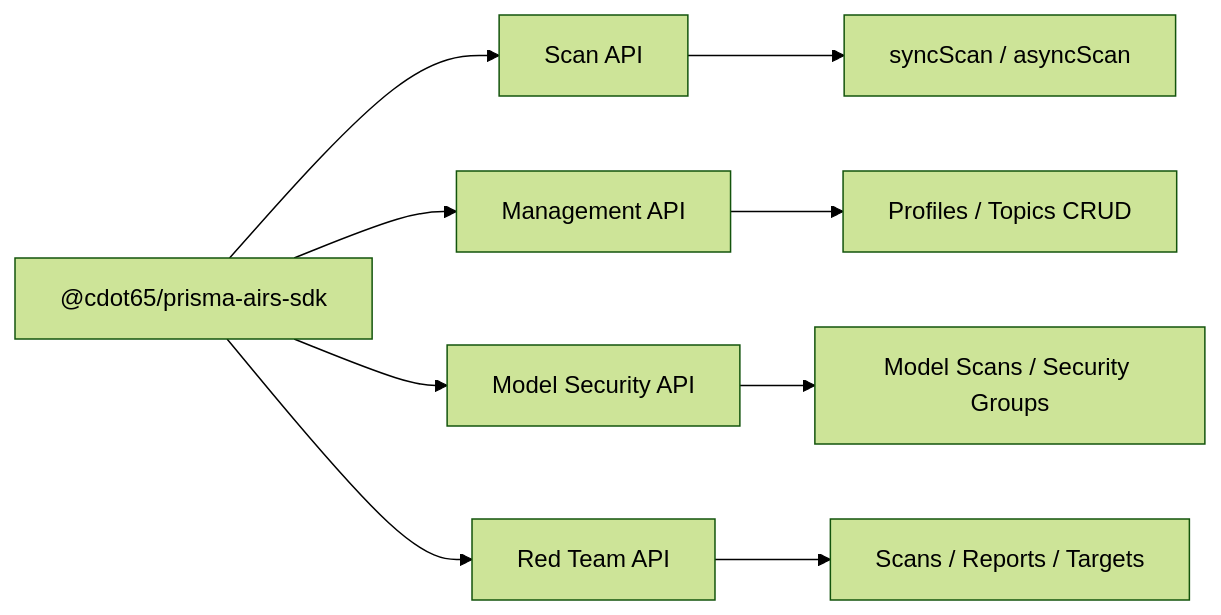
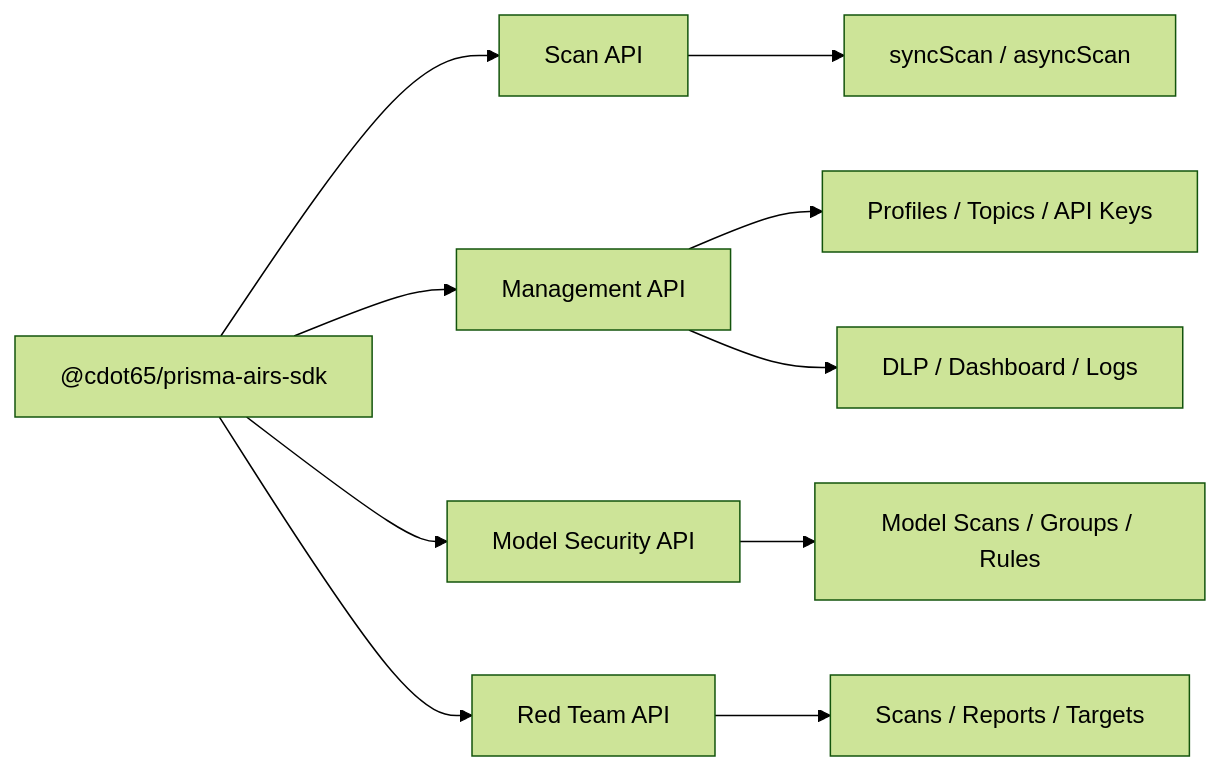
The diagram in docs-site/docs/index.mdx (cdot65/prisma-airs-sdk), drawn with Mermaid (forest theme) before and after one commit. The commit also changed other lines of this file and 10 other files, not shown here.

````diff
--- a/docs-site/docs/index.mdx
+++ b/docs-site/docs/index.mdx
@@ -37,13 +37,14 @@
 ```mermaid
 flowchart LR
     SDK["@cdot65/prisma-airs-sdk"]
     SDK --> SCAN["Scan API"]
     SDK --> MGMT["Management API"]
     SDK --> MSEC["Model Security API"]
     SDK --> RTAM["Red Team API"]
 
     SCAN --> S1["syncScan / asyncScan"]
-    MGMT --> M1["Profiles / Topics CRUD"]
-    MSEC --> MS1["Model Scans / Security Groups"]
+    MGMT --> M1["Profiles / Topics / API Keys"]
+    MGMT --> M2["DLP / Dashboard / Logs"]
+    MSEC --> MS1["Model Scans / Groups / Rules"]
     RTAM --> RT1["Scans / Reports / Targets"]
 ```
````
